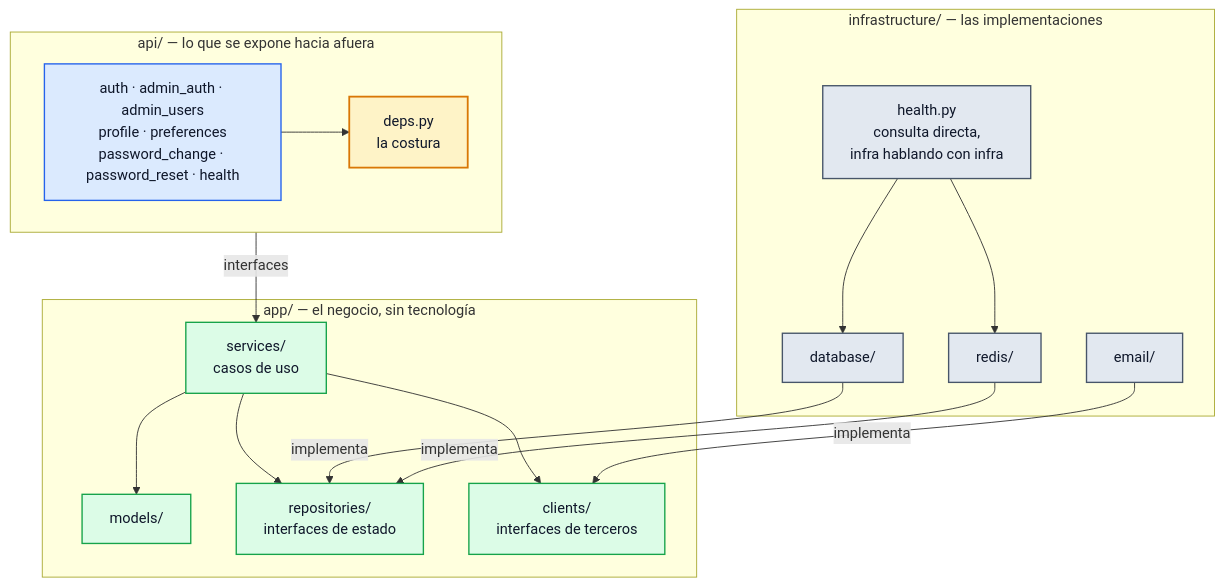
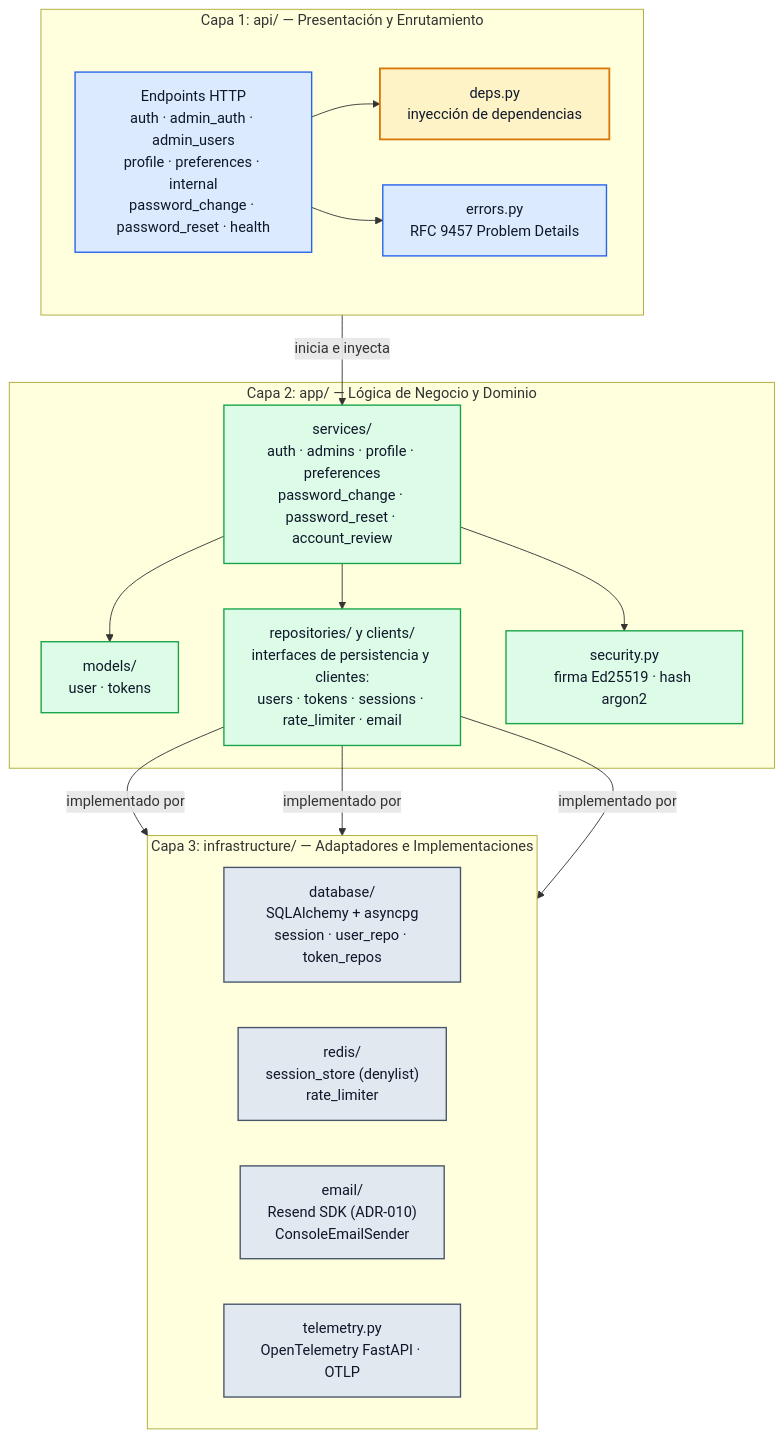
The third of 4 diagrams in docs/C4.md (tds-g3-2s2026/udesa-x-platform), drawn with Mermaid before and after one commit. The commit also changed other lines of this file, not shown here.

Commit message:
docs(c4): actualizar diagramas de arquitectura (#79)

````diff
--- a/docs/C4.md
+++ b/docs/C4.md
@@ -122,40 +196,43 @@
 ```mermaid
 flowchart TB
-    subgraph api["api/ — lo que se expone hacia afuera"]
+    subgraph api["Capa 1: api/ — Presentación y Enrutamiento"]
         direction LR
-        ENDPOINTS["auth · admin_auth · admin_users<br/>profile · preferences<br/>password_change · password_reset · health"]
-        DEPS["deps.py<br/>la costura"]
-    end
-    subgraph app["app/ — el negocio, sin tecnología"]
-        SERVICES["services/<br/>casos de uso"]
-        MODELS["models/"]
-        REPOS["repositories/<br/>interfaces de estado"]
-        CLIENTS["clients/<br/>interfaces de terceros"]
-        SERVICES --> MODELS
-        SERVICES --> REPOS
-        SERVICES --> CLIENTS
-    end
-    subgraph infra["infrastructure/ — las implementaciones"]
-        DB["database/"]
-        REDIS_INFRA["redis/"]
-        EMAIL["email/"]
-        HEALTH_INFRA["health.py<br/>consulta directa,<br/>infra hablando con infra"]
+        ENDPOINTS["Endpoints HTTP<br/>auth · admin_auth · admin_users<br/>profile · preferences · internal<br/>password_change · password_reset · health"]
+        DEPS["deps.py<br/>inyección de dependencias"]
+        ERRORS["errors.py<br/>RFC 9457 Problem Details"]
+        ENDPOINTS --> DEPS
+        ENDPOINTS --> ERRORS
     end
 
-    ENDPOINTS --> DEPS
-    DEPS -->|"interfaces"| SERVICES
-    DB -->|"implementa"| REPOS
-    REDIS_INFRA -->|"implementa"| REPOS
-    EMAIL -->|"implementa"| CLIENTS
-    HEALTH_INFRA --> DB
-    HEALTH_INFRA --> REDIS_INFRA
+    subgraph app["Capa 2: app/ — Lógica de Negocio y Dominio"]
+        SERVICES["services/<br/>auth · admins · profile · preferences<br/>password_change · password_reset · account_review"]
+        MODELS["models/<br/>user · tokens"]
+        REPOS["repositories/ y clients/<br/>interfaces de persistencia y clientes:<br/>users · tokens · sessions · rate_limiter · email"]
+        SEC["security.py<br/>firma Ed25519 · hash argon2"]
+        SERVICES --> MODELS
+        SERVICES --> SEC
+        SERVICES --> REPOS
+    end
+
+    subgraph infra["Capa 3: infrastructure/ — Adaptadores e Implementaciones"]
+        direction LR
+        DB["database/<br/>SQLAlchemy + asyncpg<br/>session · user_repo · token_repos"]
+        REDIS_INFRA["redis/<br/>session_store (denylist)<br/>rate_limiter"]
+        EMAIL["email/<br/>Resend SDK (ADR-010)<br/>ConsoleEmailSender"]
+        TELEMETRY["telemetry.py<br/>OpenTelemetry FastAPI · OTLP"]
+    end
+
+    DEPS -->|"inicia e inyecta"| SERVICES
+    REPOS -->|"implementado por"| DB
+    REPOS -->|"implementado por"| REDIS_INFRA
+    REPOS -->|"implementado por"| EMAIL
 
     classDef capaApi fill:#dbeafe,stroke:#2563eb,stroke-width:1.5px,color:#0f172a
     classDef capaApp fill:#dcfce7,stroke:#16a34a,stroke-width:1.5px,color:#0f172a
     classDef capaInfra fill:#e2e8f0,stroke:#475569,stroke-width:1.5px,color:#0f172a
     classDef costura fill:#fef3c7,stroke:#d97706,stroke-width:2px,color:#0f172a
-    class ENDPOINTS capaApi
-    class MODELS,REPOS,CLIENTS,SERVICES capaApp
-    class DB,REDIS_INFRA,EMAIL,HEALTH_INFRA capaInfra
+    class ENDPOINTS,ERRORS capaApi
+    class MODELS,REPOS,SERVICES,SEC capaApp
+    class DB,REDIS_INFRA,EMAIL,TELEMETRY capaInfra
     class DEPS costura
 ```
````
